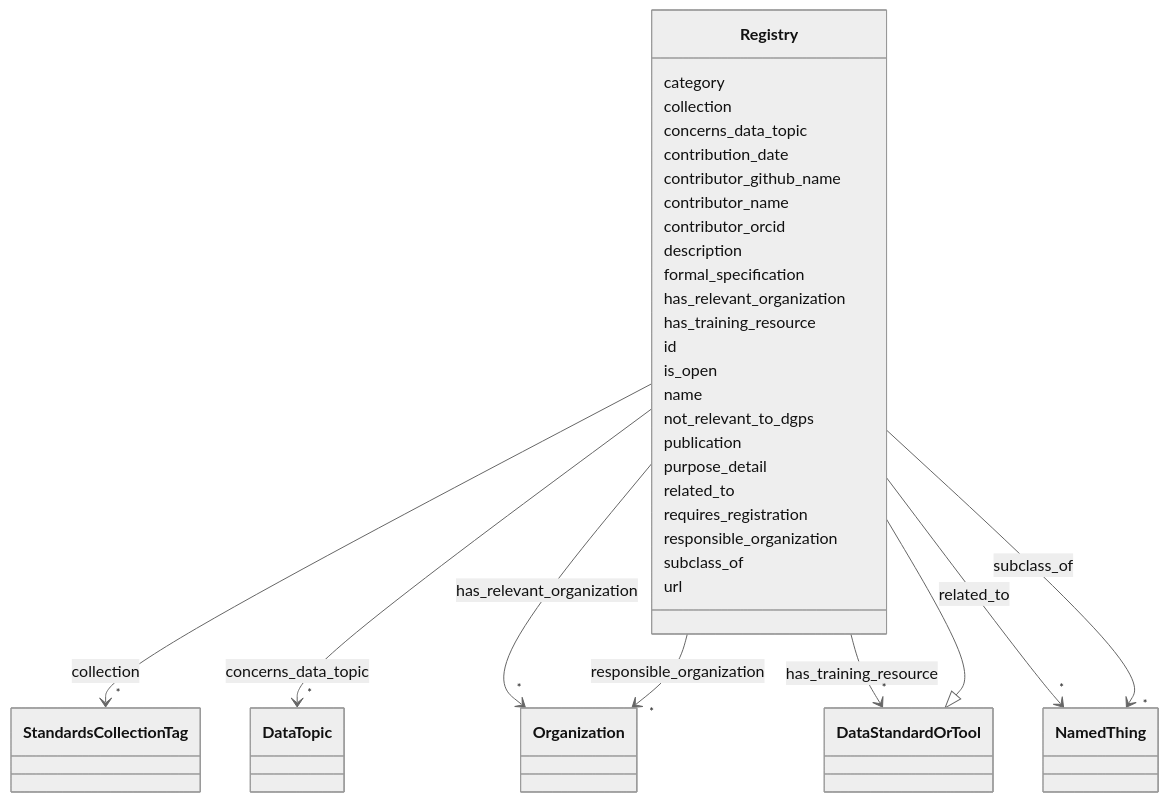
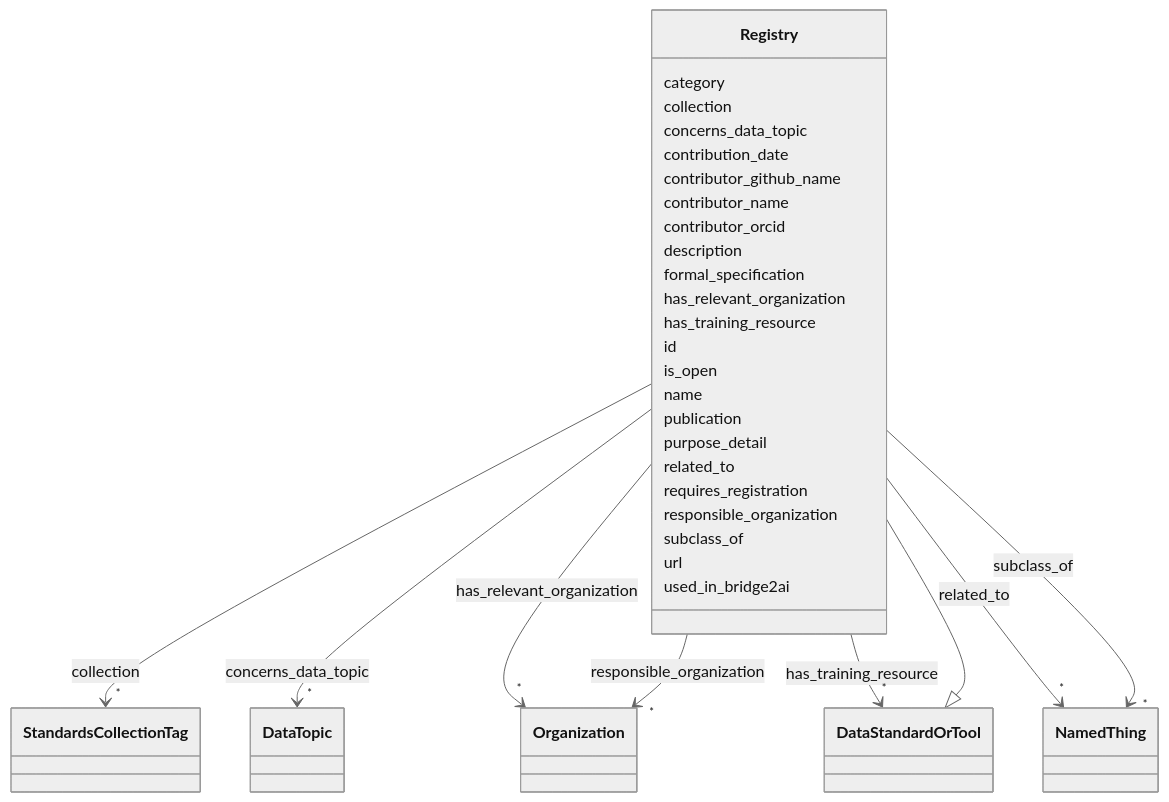
One commit to bridge2ai/standards-schemas changed the diagram in docs/Registry.md. Above: the diagram before and after it, drawn with Mermaid (neutral theme). The commit also changed other lines of this file and 44 other files, not shown here.

````diff
--- a/docs/Registry.md
+++ b/docs/Registry.md
@@ -79,8 +79,6 @@
         
       Registry : name
         
-      Registry : not_relevant_to_dgps
-        
       Registry : publication
         
       Registry : purpose_detail
@@ -116,5 +114,7 @@
         
       Registry : url
         
+      Registry : used_in_bridge2ai
+        
       
 ```
````
